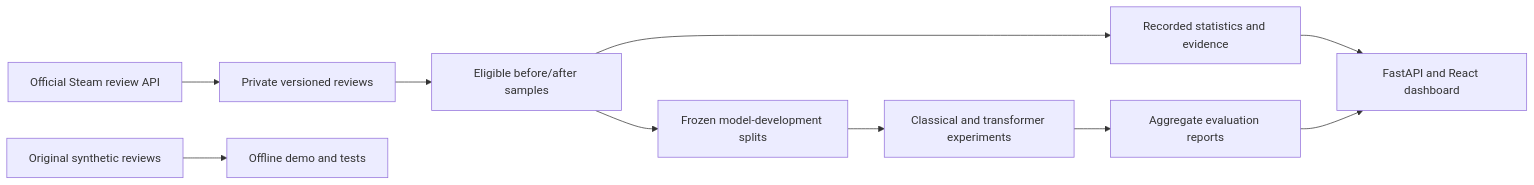
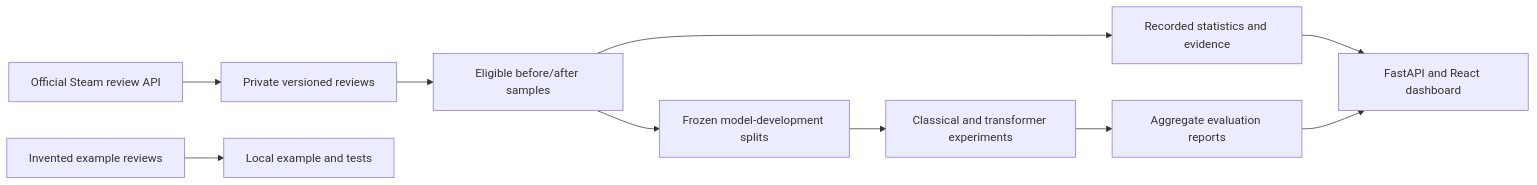
The diagram in README.md (bryanbans/patchpulse), drawn with Mermaid before and after one commit. The commit also changed other lines of this file and 2 other files, not shown here.

````diff
--- a/README.md
+++ b/README.md
@@ -119,12 +116,12 @@
 ```mermaid
 flowchart LR
   A[Official Steam review API] --> B[Private versioned reviews]
   B --> C[Eligible before/after samples]
   C --> D[Recorded statistics and evidence]
   C --> E[Frozen model-development splits]
   E --> F[Classical and transformer experiments]
   D --> G[FastAPI and React dashboard]
   F --> H[Aggregate evaluation reports]
   H --> G
-  I[Original synthetic reviews] --> J[Offline demo and tests]
+  I[Invented example reviews] --> J[Local example and tests]
 ```
````
